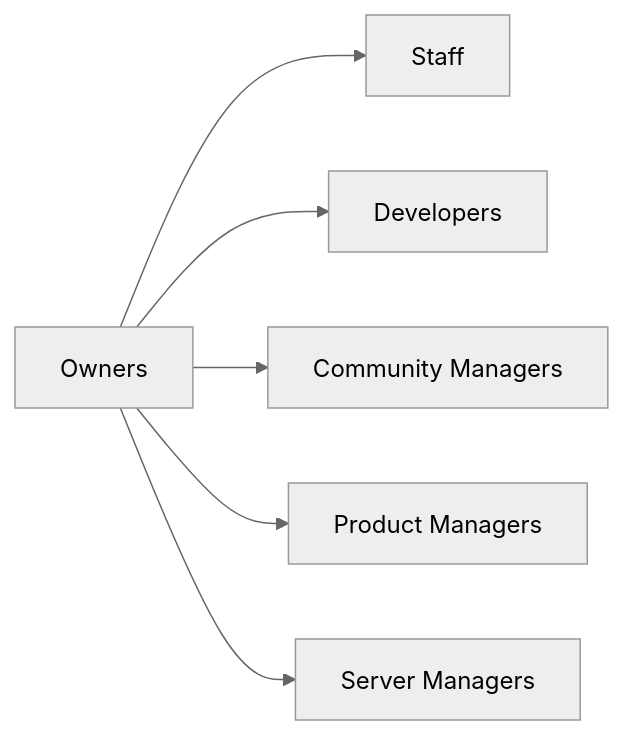
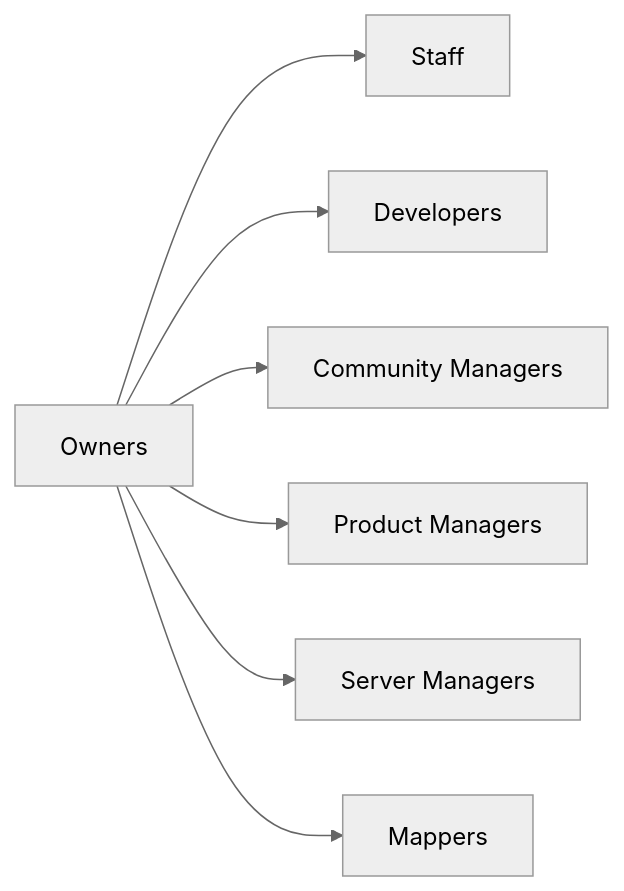
Before and after one commit to UDL-TF/Organization: the diagram in README.md, drawn with Mermaid (neutral theme). The commit also changed other lines of this file and 1 other file, not shown here.

Commit message:
Add Mappers role to README and create dedicated role description

````diff
--- a/README.md
+++ b/README.md
@@ -3,9 +3,10 @@
 ```mermaid
 flowchart LR
     A[Owners]
     A --> B[Staff]
     A --> C[Developers]
     A --> D[Community Managers]
     A --> E[Product Managers]
     A --> F[Server Managers]
+    A --> G[Mappers]
 ```
````
